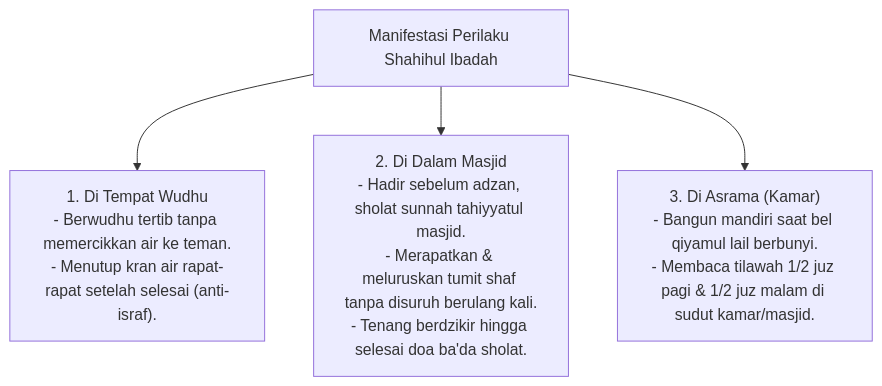
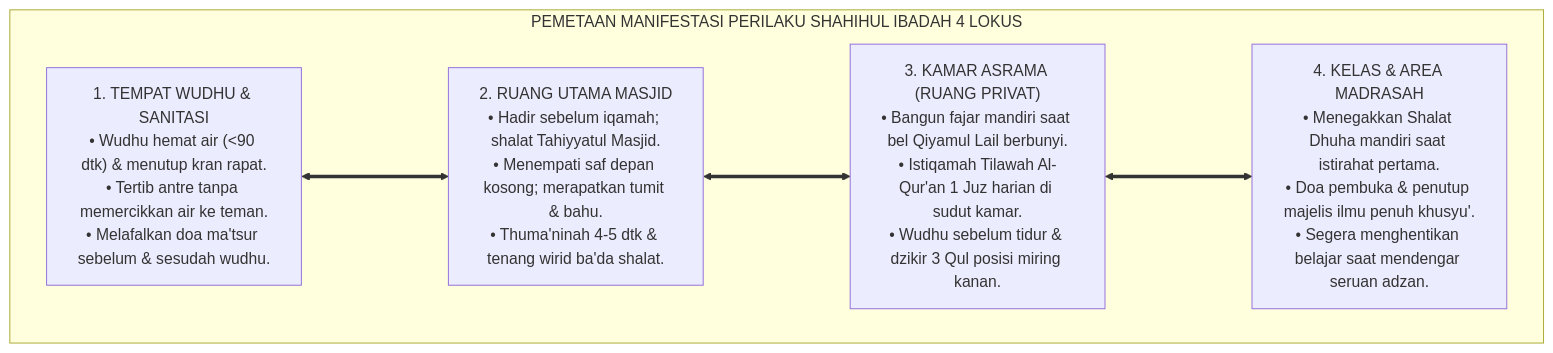
One commit to wandiapriliyandi/tumbuh changed the fifth of 8 diagrams in 03 Capacity Framework/05 Shahihul Ibadah/P3-05-06-Manifestasi-Perilaku-Santri.md. Above: the diagram before and after it, drawn with Mermaid. The commit also changed other lines of this file and 15 other files, not shown here.

Commit message:
docs(domain-05): complete comprehensive research monographs for 05 Shahihul Ibadah (14 sub-modules + master doc + README)

````diff
--- a/03 Capacity Framework/05 Shahihul Ibadah/P3-05-06-Manifestasi-Perilaku-Santri.md
+++ b/03 Capacity Framework/05 Shahihul Ibadah/P3-05-06-Manifestasi-Perilaku-Santri.md
@@ -10,10 +170,15 @@
 ```mermaid
-graph TD
-    Perilaku["Manifestasi Perilaku Shahihul Ibadah"]
-    
-    Perilaku --> B1["1. Di Tempat Wudhu<br/>- Berwudhu tertib tanpa memercikkan air ke teman.<br/>- Menutup kran air rapat-rapat setelah selesai (anti-israf)."]
-    
-    Perilaku --> B2["2. Di Dalam Masjid<br/>- Hadir sebelum adzan, sholat sunnah tahiyyatul masjid.<br/>- Merapatkan & meluruskan tumit shaf tanpa disuruh berulang kali.<br/>- Tenang berdzikir hingga selesai doa ba'da sholat."]
-    
-    Perilaku --> B3["3. Di Asrama (Kamar)<br/>- Bangun mandiri saat bel qiyamul lail berbunyi.<br/>- Membaca tilawah 1/2 juz pagi & 1/2 juz malam di sudut kamar/masjid."]
+flowchart TD
+    subgraph PemetaanPerilaku4LokusTUMBUH["PEMETAAN MANIFESTASI PERILAKU SHAHIHUL IBADAH 4 LOKUS"]
+        
+        Lokus1["1. TEMPAT WUDHU & SANITASI<br/>• Wudhu hemat air (<90 dtk) & menutup kran rapat.<br/>• Tertib antre tanpa memercikkan air ke teman.<br/>• Melafalkan doa ma'tsur sebelum & sesudah wudhu."]
+        
+        Lokus2["2. RUANG UTAMA MASJID<br/>• Hadir sebelum iqamah; shalat Tahiyyatul Masjid.<br/>• Menempati saf depan kosong; merapatkan tumit & bahu.<br/>• Thuma'ninah 4-5 dtk & tenang wirid ba'da shalat."]
+        
+        Lokus3["3. KAMAR ASRAMA (RUANG PRIVAT)<br/>• Bangun fajar mandiri saat bel Qiyamul Lail berbunyi.<br/>• Istiqamah Tilawah Al-Qur'an 1 Juz harian di sudut kamar.<br/>• Wudhu sebelum tidur & dzikir 3 Qul posisi miring kanan."]
+        
+        Lokus4["4. KELAS & AREA MADRASAH<br/>• Menegakkan Shalat Dhuha mandiri saat istirahat pertama.<br/>• Doa pembuka & penutup majelis ilmu penuh khusyu'.<br/>• Segera menghentikan belajar saat mendengar seruan adzan."]
+        
+        Lokus1 <===> Lokus2 <===> Lokus3 <===> Lokus4
+    end
 ```
````
